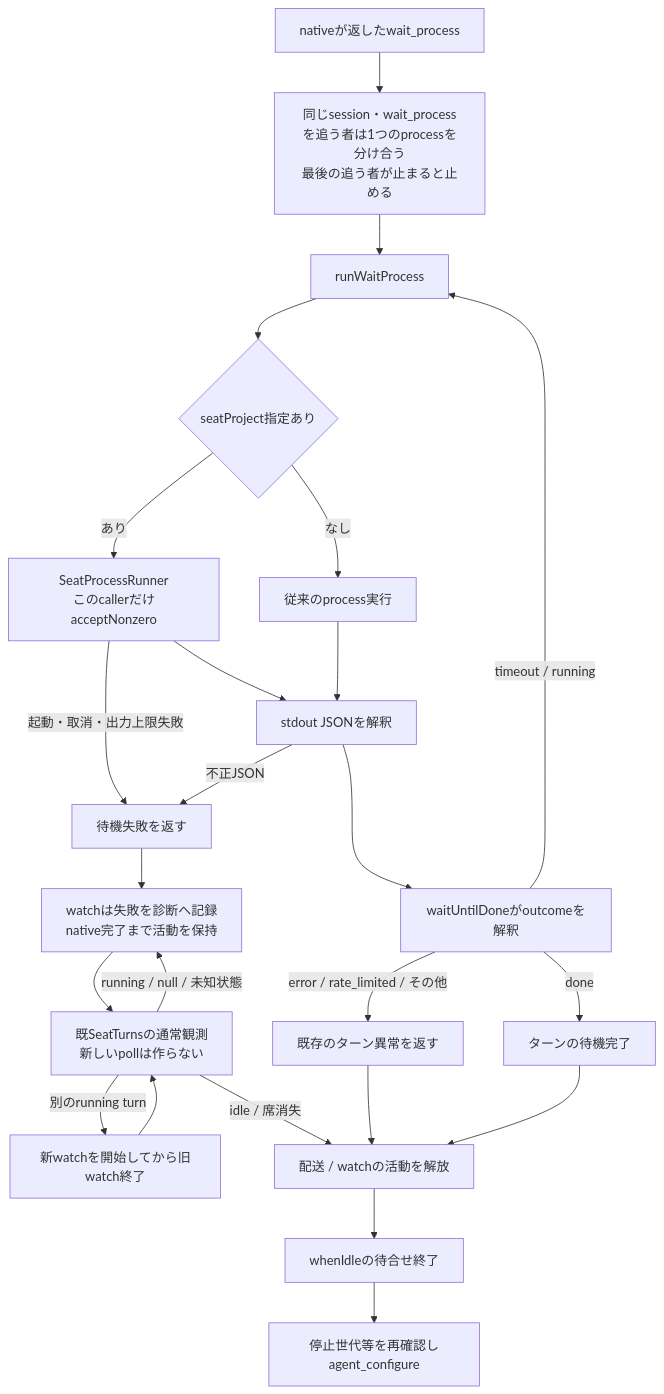
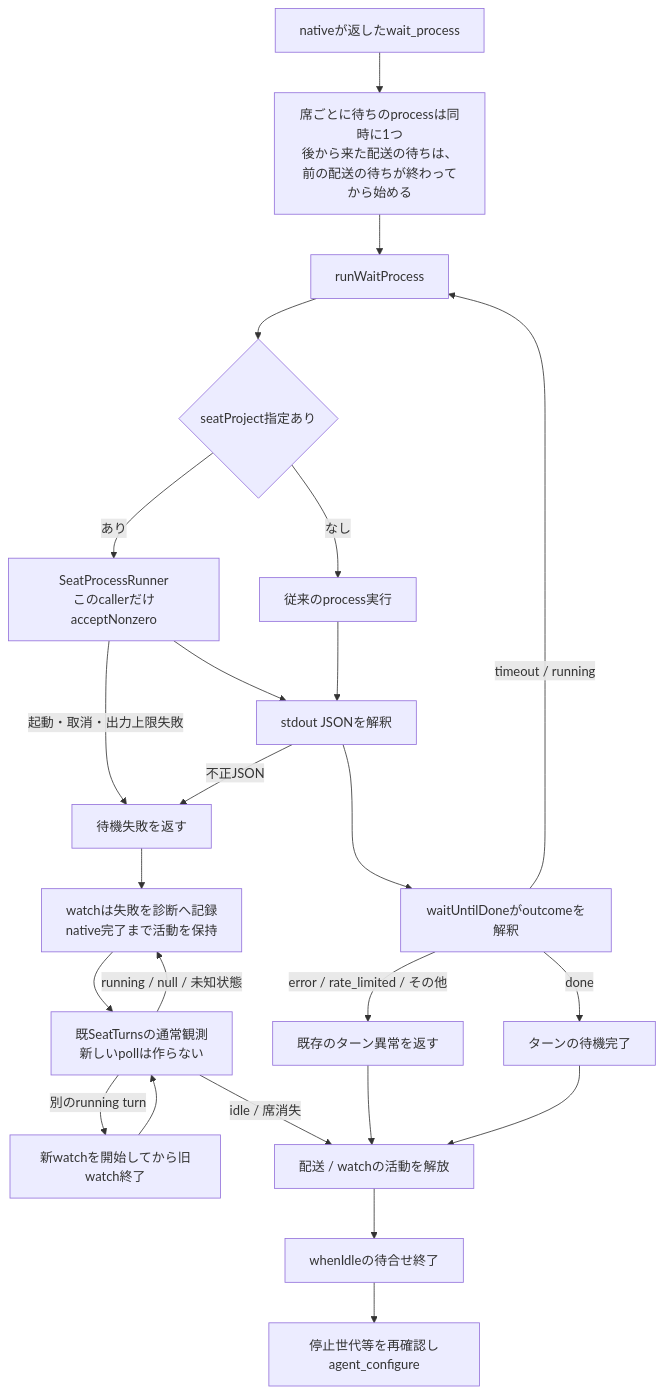
One commit to kitepon/BellTeam changed the first of 6 diagrams in docs/architecture/modules/execution/wait-contract.md. Above: the diagram before and after it, drawn with Mermaid. The commit also changed 2 other files, not shown here.

Commit message:
execution: one wait process per seat at a time (queued deliveries wait in turn)
Centi's Z212 lab: #2711 sharing did not engage, because with aiterm-mcp 0.70.118 every queued delivery's wait_process differs (--input / --input-ref). Their turns end in
order, so a later delivery now starts its wait only when the earlier one is done; the wait reads the event log from a cursor, so starting late loses nothing.

````diff
--- a/docs/architecture/modules/execution/wait-contract.md
+++ b/docs/architecture/modules/execution/wait-contract.md
@@ -9,26 +9,26 @@
 ```mermaid
 flowchart TD
-  Descriptor["nativeが返したwait_process"] --> Share["同じsession・wait_processを追う者は1つのprocessを分け合う<br/>最後の追う者が止まると止める"]
+  Descriptor["nativeが返したwait_process"] --> Share["席ごとに待ちのprocessは同時に1つ<br/>後から来た配送の待ちは、前の配送の待ちが終わってから始める"]
   Share --> Caller["runWaitProcess"]
   Caller --> Seat{"seatProject指定あり"}
   Seat -->|"あり"| Runner["SeatProcessRunner<br/>このcallerだけacceptNonzero"]
   Seat -->|"なし"| Spawn["従来のprocess実行"]
   Runner --> JSON["stdout JSONを解釈"]
   Spawn --> JSON
   Runner -->|"起動・取消・出力上限失敗"| Failure["待機失敗を返す"]
   JSON -->|"不正JSON"| Failure
   JSON --> Outcome["waitUntilDoneがoutcomeを解釈"]
   Outcome -->|"timeout / running"| Caller
   Outcome -->|"done"| Complete["ターンの待機完了"]
   Outcome -->|"error / rate_limited / その他"| TurnFailure["既存のターン異常を返す"]
   Failure --> FailedWatch["watchは失敗を診断へ記録<br/>native完了まで活動を保持"]
   FailedWatch --> Poll["既SeatTurnsの通常観測<br/>新しいpollは作らない"]
   Poll -->|"running / null / 未知状態"| FailedWatch
   Poll -->|"別のrunning turn"| Handoff["新watchを開始してから旧watch終了"]
   Handoff --> Poll
   Poll -->|"idle / 席消失"| Release
   TurnFailure --> Release
   Complete --> Release["配送 / watchの活動を解放"]
   Release --> Idle["whenIdleの待合せ終了"]
   Idle --> Configure["停止世代等を再確認しagent_configure"]
 ```
````
